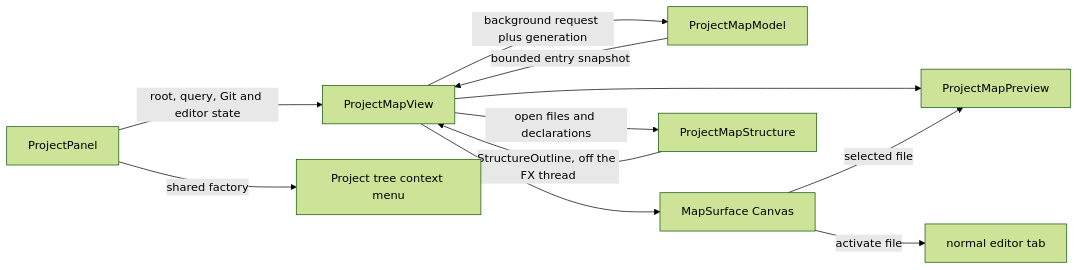
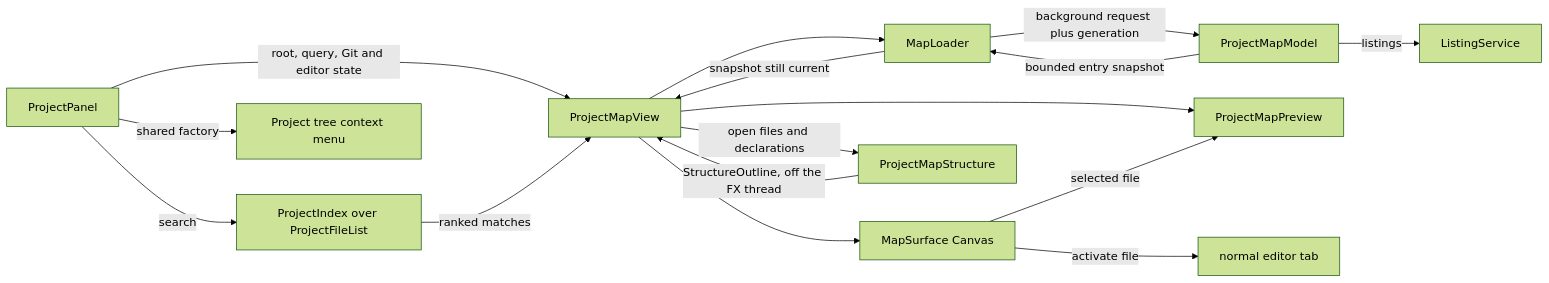
The diagram in docs/subsystems/project-map.md (adriandeleon/Editora), drawn with Mermaid (forest theme) before and after one commit. The commit also changed other lines of this file, not shown here.

Commit message:
docs(project-map): MapLoader, ListingService, MapSurface and the project index in the spec

````diff
--- a/docs/subsystems/project-map.md
+++ b/docs/subsystems/project-map.md
@@ -765,13 +777,18 @@
 ```mermaid
 flowchart LR
     ProjectPanel[ProjectPanel] -->|root, query, Git and editor state| View[ProjectMapView]
-    View -->|background request plus generation| Model[ProjectMapModel]
-    Model -->|bounded entry snapshot| View
+    View --> Loader[MapLoader]
+    Loader -->|background request plus generation| Model[ProjectMapModel]
+    Model -->|listings| Listings[ListingService]
+    Model -->|bounded entry snapshot| Loader
+    Loader -->|snapshot still current| View
+    ProjectPanel -->|search| Index[ProjectIndex over ProjectFileList]
+    Index -->|ranked matches| View
     View --> Surface[MapSurface Canvas]
     View --> Preview[ProjectMapPreview]
     View -->|open files and declarations| Structure[ProjectMapStructure]
     Structure -->|StructureOutline, off the FX thread| View
     ProjectPanel -->|shared factory| Menu[Project tree context menu]
     Surface -->|selected file| Preview
     Surface -->|activate file| Editor[normal editor tab]
 ```
````
